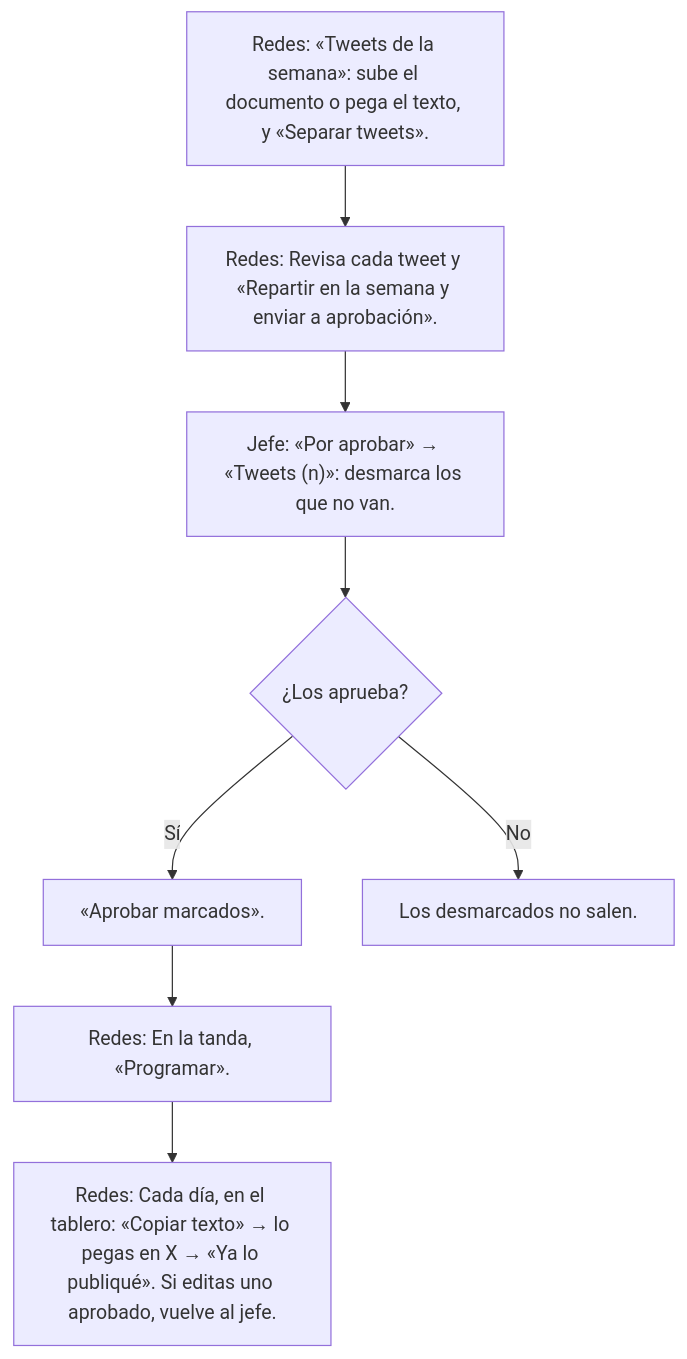
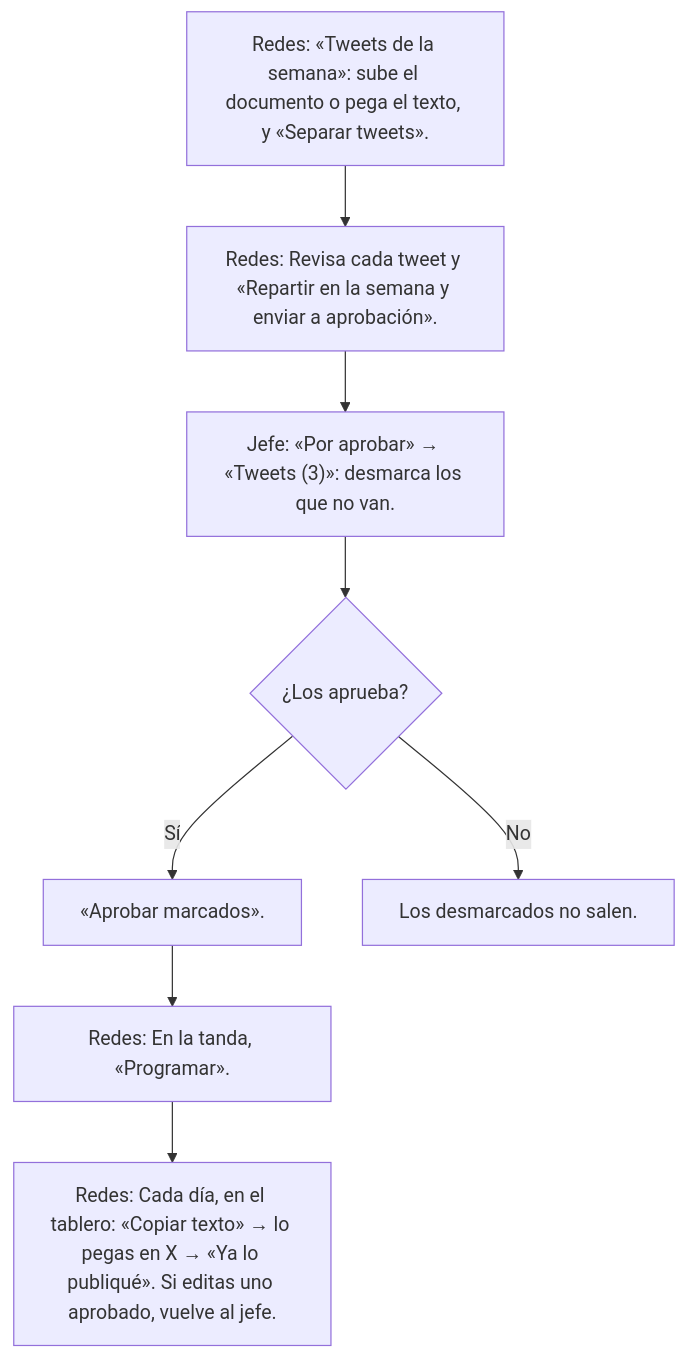
Before and after one commit to fbvenezuela/Gestionapp: the fourth of 9 diagrams in app-freddy-bernal/docs/FLUJOS.md, drawn with Mermaid. The commit also changed other lines of this file and 44 other files, not shown here.

````diff
--- a/app-freddy-bernal/docs/FLUJOS.md
+++ b/app-freddy-bernal/docs/FLUJOS.md
@@ -164,15 +164,15 @@
 ```mermaid
 flowchart TD
   tweets_sube["Redes: «Tweets de la semana»: sube el documento o pega el texto, y «Separar tweets»."]
   tweets_sube --> tweets_reparte
   tweets_reparte["Redes: Revisa cada tweet y «Repartir en la semana y enviar a aprobación»."]
   tweets_reparte --> tweets_aprueba
-  tweets_aprueba["Jefe: «Por aprobar» → «Tweets (n)»: desmarca los que no van."]
+  tweets_aprueba["Jefe: «Por aprobar» → «Tweets (3)»: desmarca los que no van."]
   tweets_aprueba --> tweets_aprueba_q{"¿Los aprueba?"}
   tweets_aprueba_q -- Sí --> tweets_aprueba_b1["«Aprobar marcados»."]
   tweets_aprueba_b1 --> tweets_programa
   tweets_aprueba_q -- No --> tweets_aprueba_b2["Los desmarcados no salen."]
   tweets_programa["Redes: En la tanda, «Programar»."]
   tweets_programa --> tweets_publica
   tweets_publica["Redes: Cada día, en el tablero: «Copiar texto» → lo pegas en X → «Ya lo publiqué». Si editas uno aprobado, vuelve al jefe."]
 ```
````
